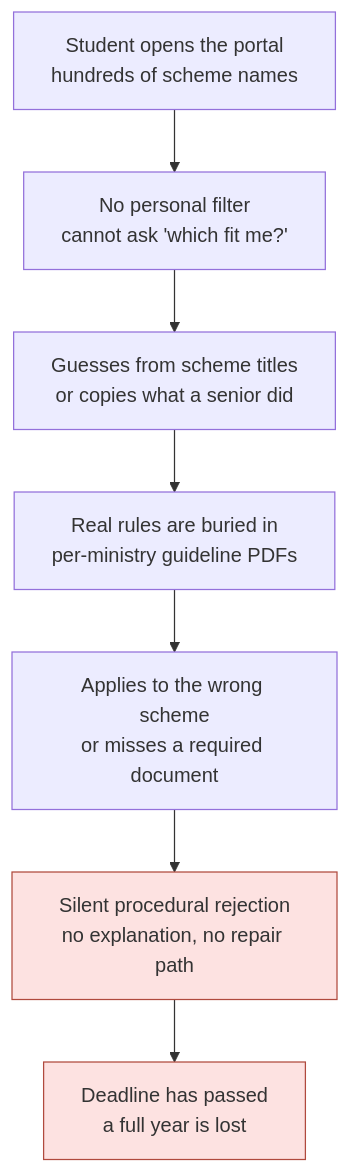
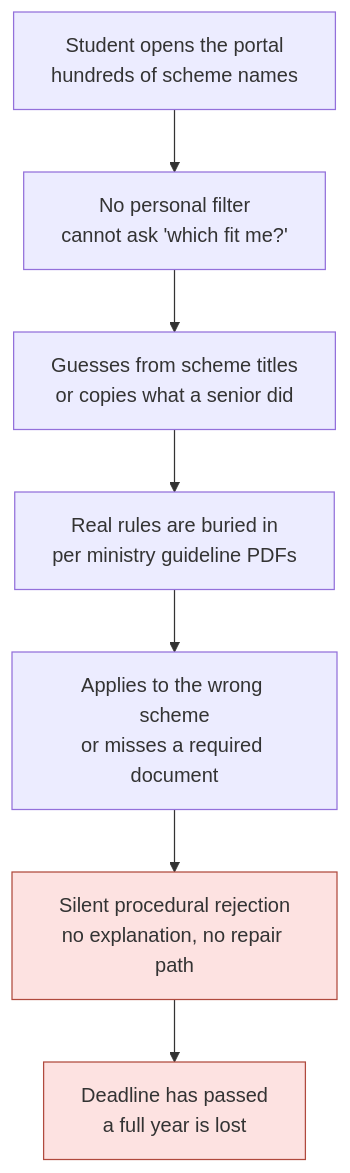
One commit to 23110572-hash/Scholarsaathi changed the first of 8 diagrams in README.md. Above: the diagram before and after it, drawn with Mermaid. The commit also changed other lines of this file, not shown here.

````diff
--- a/README.md
+++ b/README.md
@@ -73,12 +67,12 @@
 ```mermaid
 flowchart TB
     A["Student opens the portal<br/>hundreds of scheme names"] --> B["No personal filter<br/>cannot ask 'which fit me?'"]
     B --> C["Guesses from scheme titles<br/>or copies what a senior did"]
-    C --> D["Real rules are buried in<br/>per-ministry guideline PDFs"]
+    C --> D["Real rules are buried in<br/>per ministry guideline PDFs"]
     D --> E["Applies to the wrong scheme<br/>or misses a required document"]
     E --> F["Silent procedural rejection<br/>no explanation, no repair path"]
     F --> G["Deadline has passed<br/>a full year is lost"]
 
     style F fill:#fde2e1,stroke:#b04a3e
     style G fill:#fde2e1,stroke:#b04a3e
 ```
````
